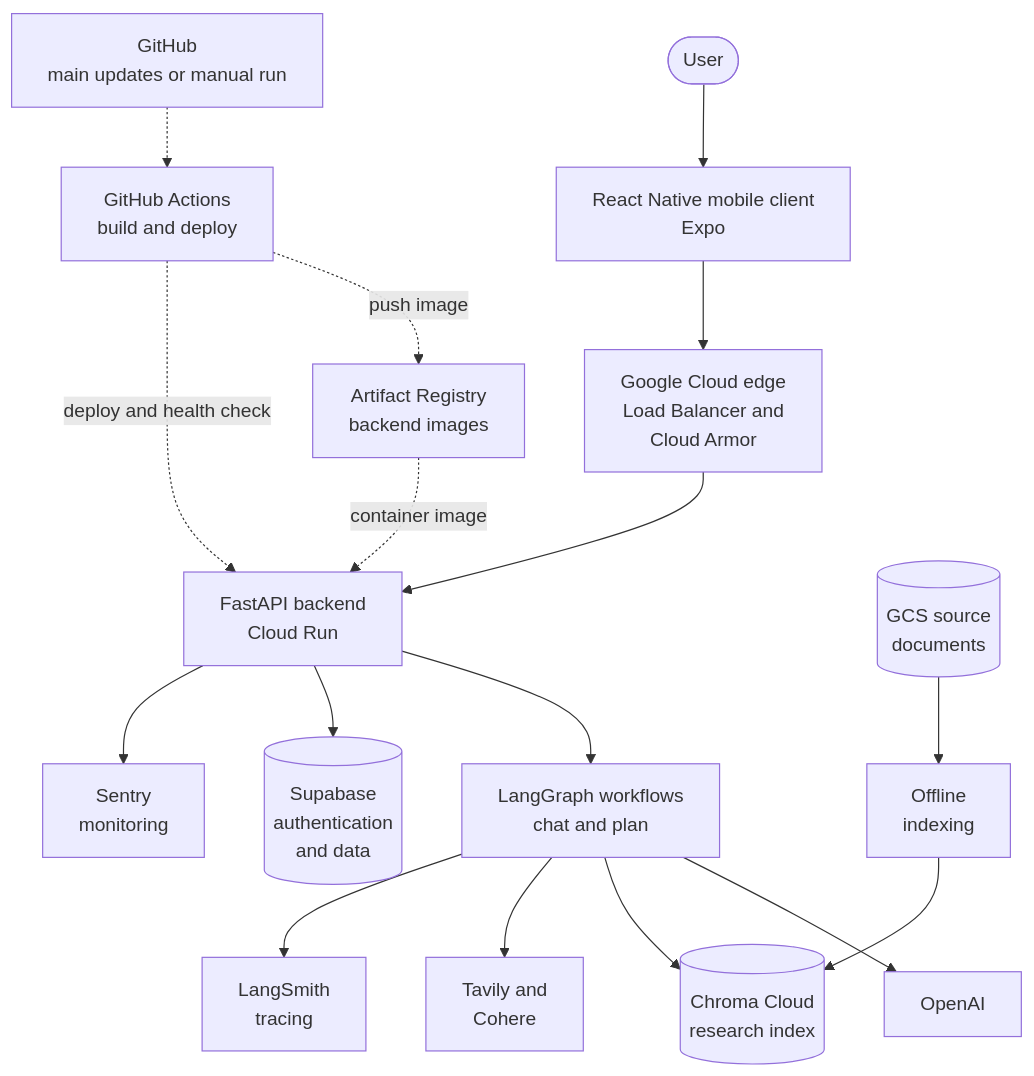
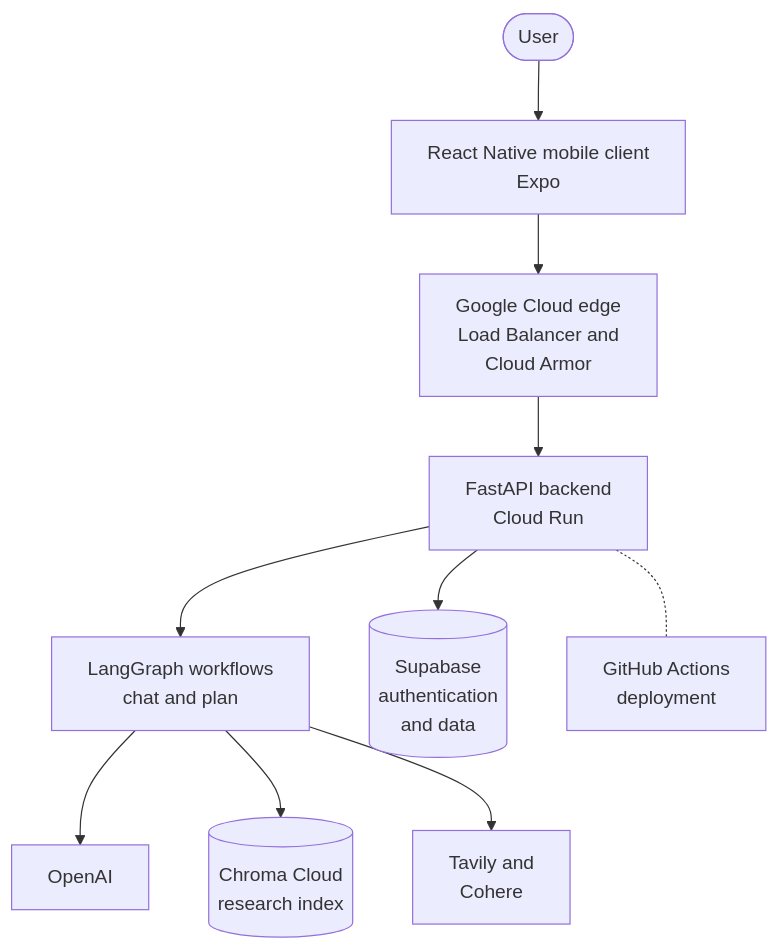
One commit to xurichard19/strength-and-conditioning-rag changed the first of 4 diagrams in README.md. Above: the diagram before and after it, drawn with Mermaid. The commit also changed other lines of this file, not shown here.

Commit message:
Refresh README architecture overview
This commit simplifies the project overview in README.md by tightening the backend description and trimming the architecture diagram to match the current deployment and service relationships. It removes older CI, monitoring, and indexing details so the README reflects the current FastAPI, LangGraph, and Cloud Run setup more clearly.

````diff
--- a/README.md
+++ b/README.md
@@ -13,19 +11,12 @@
 ```mermaid
 flowchart TB
     User(["User"]) --> FE["React Native mobile client<br/>Expo"]
     FE --> Edge["Google Cloud edge<br/>Load Balancer and<br/>Cloud Armor"]
     Edge --> API["FastAPI backend<br/>Cloud Run"]
-    github["GitHub<br/>main updates or manual run"] -.-> ci["GitHub Actions<br/>build and deploy"]
-    ci -.->|push image| registry["Artifact Registry<br/>backend images"]
-    registry -.->|container image| API
-    ci -.->|deploy and health check| API
     API --> Workflows["LangGraph workflows<br/>chat and plan"]
-    API --> Supabase[("Supabase<br/>authentication<br/>and data")]
-    API --> Sentry["Sentry<br/>monitoring"]
     Workflows --> OpenAI["OpenAI"]
     Workflows --> Chroma[("Chroma Cloud<br/>research index")]
     Workflows --> SearchServices["Tavily and<br/>Cohere"]
-    Workflows --> LangSmith["LangSmith<br/>tracing"]
-    Docs[("GCS source<br/>documents")] --> Index["Offline<br/>indexing"]
-    Index --> Chroma
+    API --> Supabase[("Supabase<br/>authentication<br/>and data")]
+    API -.- ci["GitHub Actions<br/>deployment"]
 ```
````
